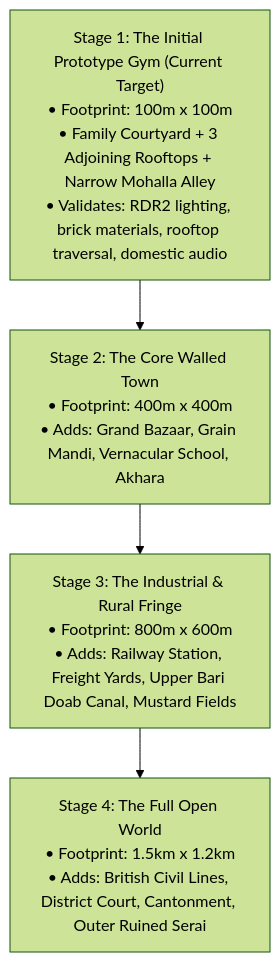
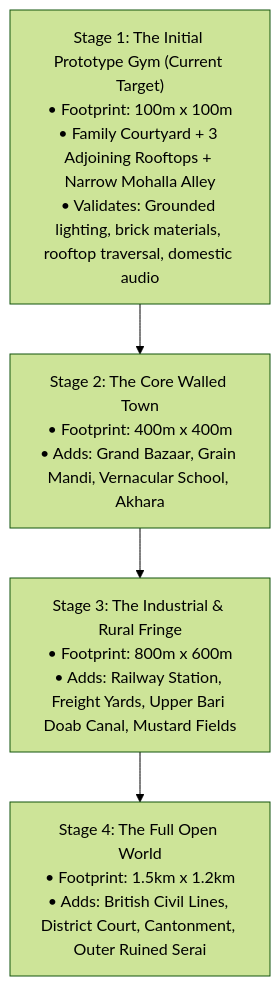
Before and after one commit to npal78229-eng/REVOLUTION-Game: the fourth of 4 diagrams in Documentation/WORLD_MAP_PLAN.md, drawn with Mermaid (forest theme). The commit also changed other lines of this file and 8 other files, not shown here.

````diff
--- a/Documentation/WORLD_MAP_PLAN.md
+++ b/Documentation/WORLD_MAP_PLAN.md
@@ -101,9 +101,9 @@
 ```mermaid
 flowchart TD
-    S1["Stage 1: The Initial Prototype Gym (Current Target)\n• Footprint: 100m x 100m\n• Family Courtyard + 3 Adjoining Rooftops + Narrow Mohalla Alley\n• Validates: RDR2 lighting, brick materials, rooftop traversal, domestic audio"]
+    S1["Stage 1: The Initial Prototype Gym (Current Target)\n• Footprint: 100m x 100m\n• Family Courtyard + 3 Adjoining Rooftops + Narrow Mohalla Alley\n• Validates: Grounded lighting, brick materials, rooftop traversal, domestic audio"]
     S2["Stage 2: The Core Walled Town\n• Footprint: 400m x 400m\n• Adds: Grand Bazaar, Grain Mandi, Vernacular School, Akhara"]
     S3["Stage 3: The Industrial & Rural Fringe\n• Footprint: 800m x 600m\n• Adds: Railway Station, Freight Yards, Upper Bari Doab Canal, Mustard Fields"]
     S4["Stage 4: The Full Open World\n• Footprint: 1.5km x 1.2km\n• Adds: British Civil Lines, District Court, Cantonment, Outer Ruined Serai"]
 
     S1 --> S2 --> S3 --> S4
 ```
````
